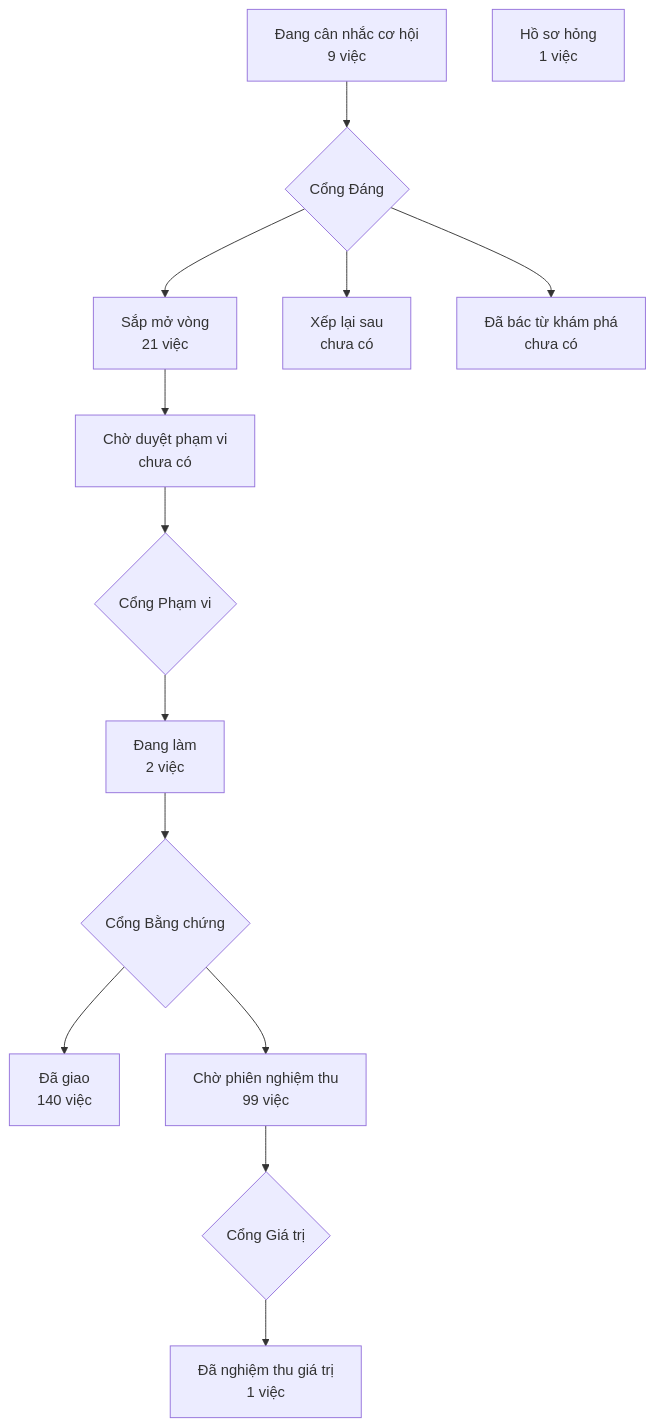
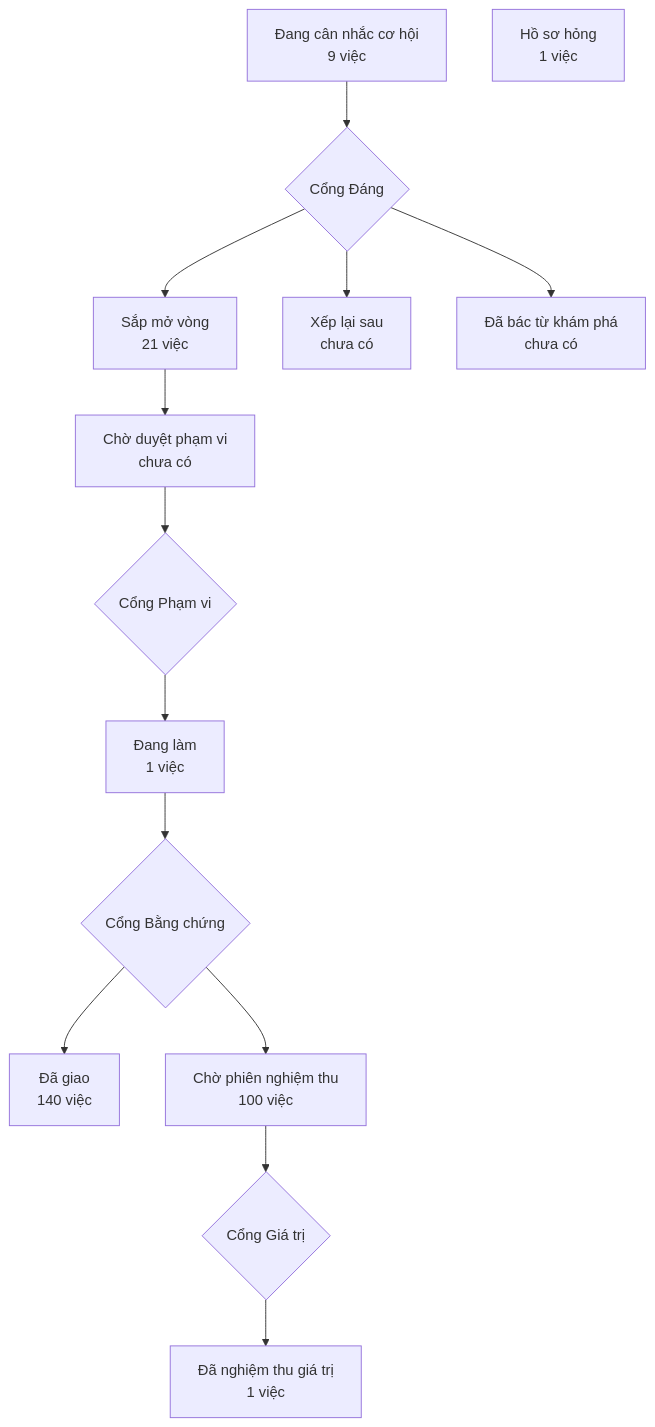
Before and after one commit to phanlemanh/crm-onehub: the diagram in PRODUCT-MAP.md, drawn with Mermaid. The commit also changed 4 other files, not shown here.

````diff
--- a/PRODUCT-MAP.md
+++ b/PRODUCT-MAP.md
@@ -7,13 +7,13 @@
 ```mermaid
 flowchart TD
   A["Đang cân nhắc cơ hội<br/>9 việc"] --> GD{"Cổng Đáng"}
   GD --> B["Sắp mở vòng<br/>21 việc"]
   GD --> XL["Xếp lại sau<br/>chưa có"]
   GD --> DB["Đã bác từ khám phá<br/>chưa có"]
   B --> CD["Chờ duyệt phạm vi<br/>chưa có"] --> GP{"Cổng Phạm vi"}
-  GP --> DL["Đang làm<br/>2 việc"] --> GB{"Cổng Bằng chứng"}
+  GP --> DL["Đang làm<br/>1 việc"] --> GB{"Cổng Bằng chứng"}
   GB --> DG["Đã giao<br/>140 việc"]
-  GB --> CN["Chờ phiên nghiệm thu<br/>99 việc"] --> GG{"Cổng Giá trị"}
+  GB --> CN["Chờ phiên nghiệm thu<br/>100 việc"] --> GG{"Cổng Giá trị"}
   GG --> NT["Đã nghiệm thu giá trị<br/>1 việc"]
   HS["Hồ sơ hỏng<br/>1 việc"]
 ```
````
